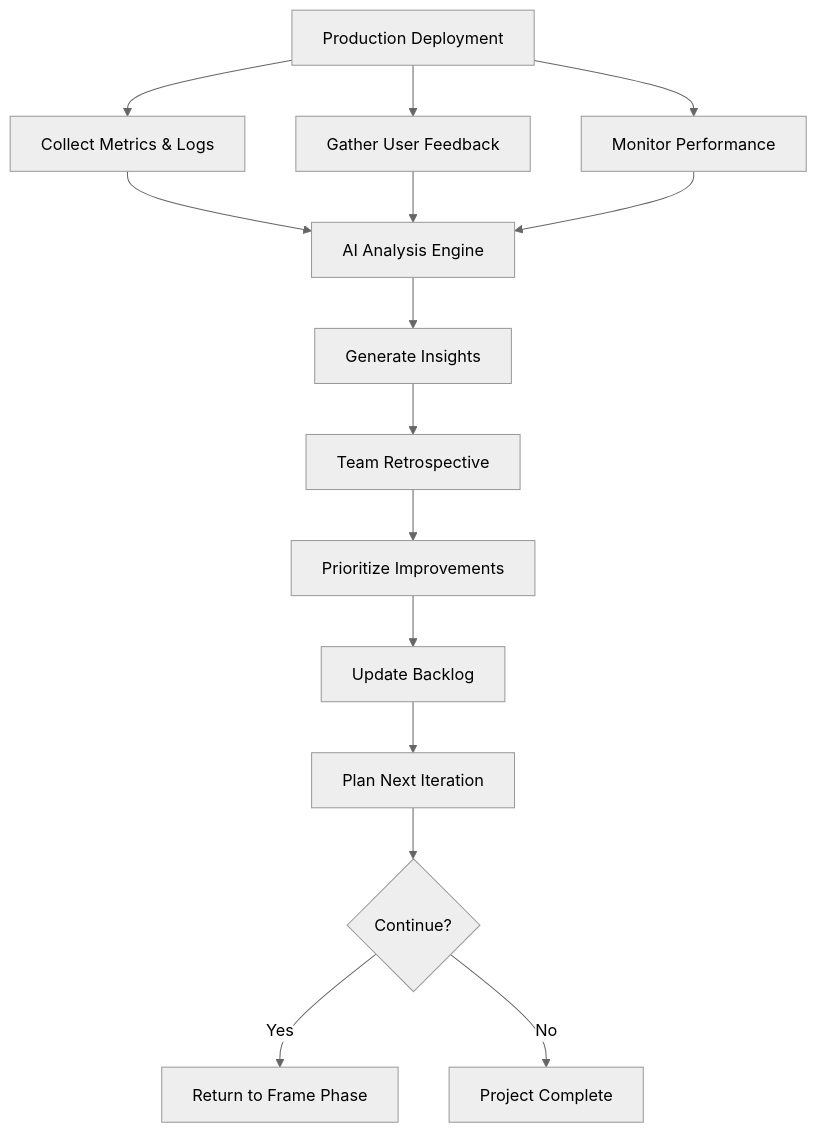
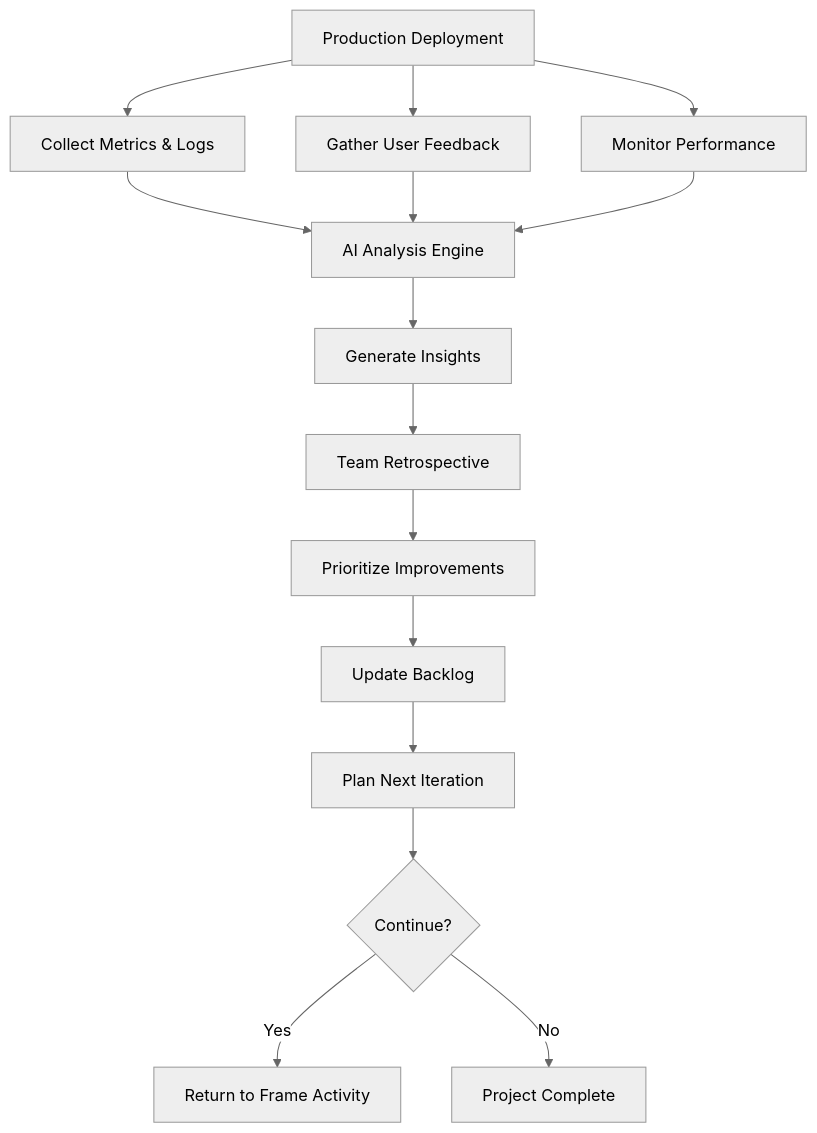
The diagram in workflows/phases/06-iterate/README.md (easel/helix), drawn with Mermaid (neutral theme) before and after one commit. The commit also changed other lines of this file and 88 other files, not shown here.

First line of the commit message:
workflows: rename phase → activity in methodology prose

````diff
--- a/workflows/phases/06-iterate/README.md
+++ b/workflows/phases/06-iterate/README.md
@@ -53,17 +53,17 @@
 ```mermaid
 graph TD
     A[Production Deployment] --> B[Collect Metrics & Logs]
     A --> C[Gather User Feedback]
     A --> D[Monitor Performance]
     B --> E[AI Analysis Engine]
     C --> E
     D --> E
     E --> F[Generate Insights]
     F --> G[Team Retrospective]
     G --> H[Prioritize Improvements]
     H --> I[Update Backlog]
     I --> J[Plan Next Iteration]
     J --> K{Continue?}
-    K -->|Yes| L[Return to Frame Phase]
+    K -->|Yes| L[Return to Frame Activity]
     K -->|No| M[Project Complete]
 ```
````
